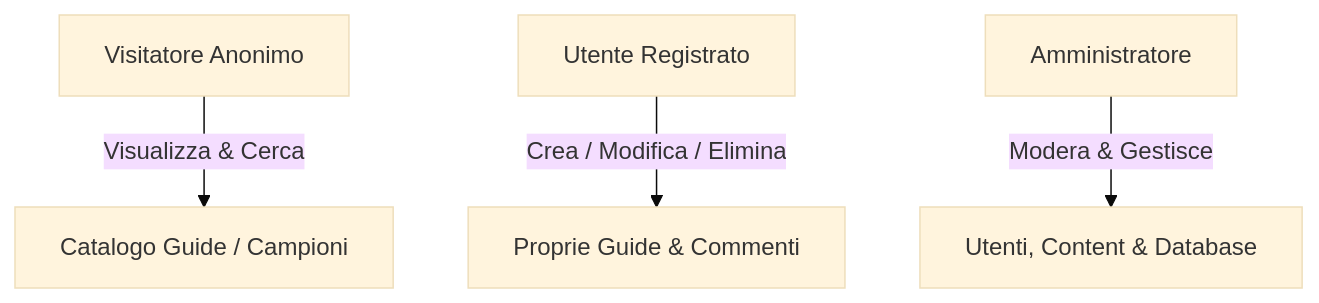
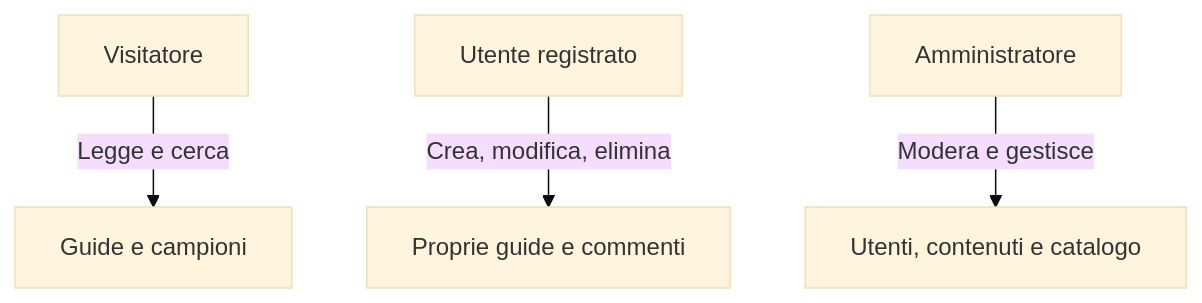
Before and after one commit to paolopreve/Rift-Academy: the diagram in README.md, drawn with Mermaid (base theme). The commit also changed other lines of this file, not shown here.

````diff
--- a/README.md
+++ b/README.md
@@ -57,6 +55,6 @@
 ```mermaid
 graph TD
-    A[Visitatore Anonimo] -->|Visualizza & Cerca| B[Catalogo Guide / Campioni]
-    C[Utente Registrato] -->|Crea / Modifica / Elimina| D[Proprie Guide & Commenti]
-    E[Amministratore] -->|Modera & Gestisce| F[Utenti, Content & Database]
+    A[Visitatore] -->|Legge e cerca| B[Guide e campioni]
+    C[Utente registrato] -->|Crea, modifica, elimina| D[Proprie guide e commenti]
+    E[Amministratore] -->|Modera e gestisce| F[Utenti, contenuti e catalogo]
 ```
````
